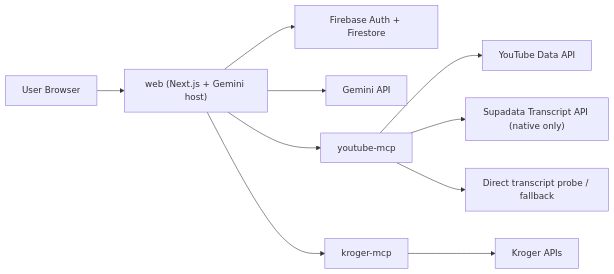
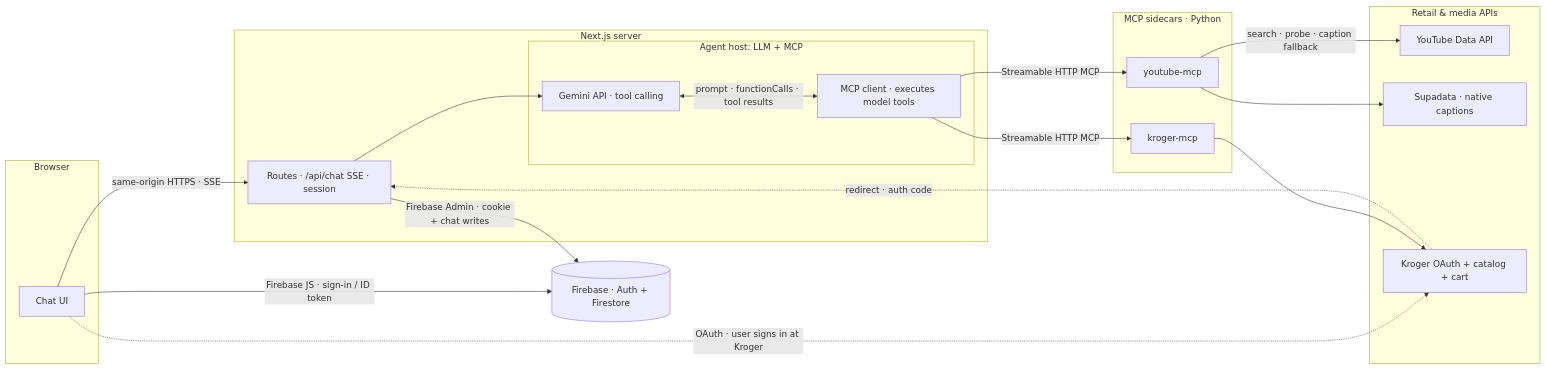
The first of 5 diagrams in ARCHITECTURE.md (MosheT01/CraveCart), drawn with Mermaid before and after one commit. The commit also changed other lines of this file, not shown here.

Commit message:
docs(architecture): update system overview with detailed flowcharts and component interactions
- Expanded the architecture documentation to include a comprehensive flowchart illustrating the interactions between the browser, Firebase, web server, and MCP sidecars.
- Clarified the roles of various components, including the Chat UI, agent host, and upstream retail/media APIs.
- Enhanced the description of communication protocols and trust boundaries within the system.

````diff
--- a/ARCHITECTURE.md
+++ b/ARCHITECTURE.md
@@ -81,12 +83,40 @@
 ```mermaid
 flowchart LR
-    U["User Browser"] --> W["web (Next.js + Gemini host)"]
-    W --> FB["Firebase Auth + Firestore"]
-    W --> G["Gemini API"]
-    W --> YM["youtube-mcp"]
-    W --> KM["kroger-mcp"]
-    YM --> Y["YouTube Data API"]
-    YM --> S["Supadata Transcript API (native only)"]
-    YM --> T["Direct transcript probe / fallback"]
-    KM --> K["Kroger APIs"]
+  subgraph Browser["Browser"]
+    UI["Chat UI"]
+  end
+
+  FB[("Firebase · Auth + Firestore")]
+
+  subgraph Web["Next.js server"]
+    Routes["Routes · /api/chat SSE · session"]
+    subgraph Agent["Agent host: LLM + MCP"]
+      GEM["Gemini API · tool calling"]
+      MCP["MCP client · executes model tools"]
+    end
+  end
+
+  subgraph Sidecars["MCP sidecars · Python"]
+    YM["youtube-mcp"]
+    KM["kroger-mcp"]
+  end
+
+  subgraph Upstream["Retail & media APIs"]
+    YT["YouTube Data API"]
+    SUP["Supadata · native captions"]
+    KRO["Kroger OAuth + catalog + cart"]
+  end
+
+  UI -->|same-origin HTTPS · SSE| Routes
+  UI -->|Firebase JS · sign-in / ID token| FB
+  UI -.->|OAuth · user signs in at Kroger| KRO
+  KRO -.->|redirect · auth code| Routes
+  Routes -->|Firebase Admin · cookie + chat writes| FB
+  Routes --> GEM
+  GEM <-->|prompt · functionCalls · tool results| MCP
+  MCP -->|Streamable HTTP MCP| YM
+  MCP -->|Streamable HTTP MCP| KM
+  YM -->|search · probe · caption fallback| YT
+  YM --> SUP
+  KM --> KRO
 ```
````
